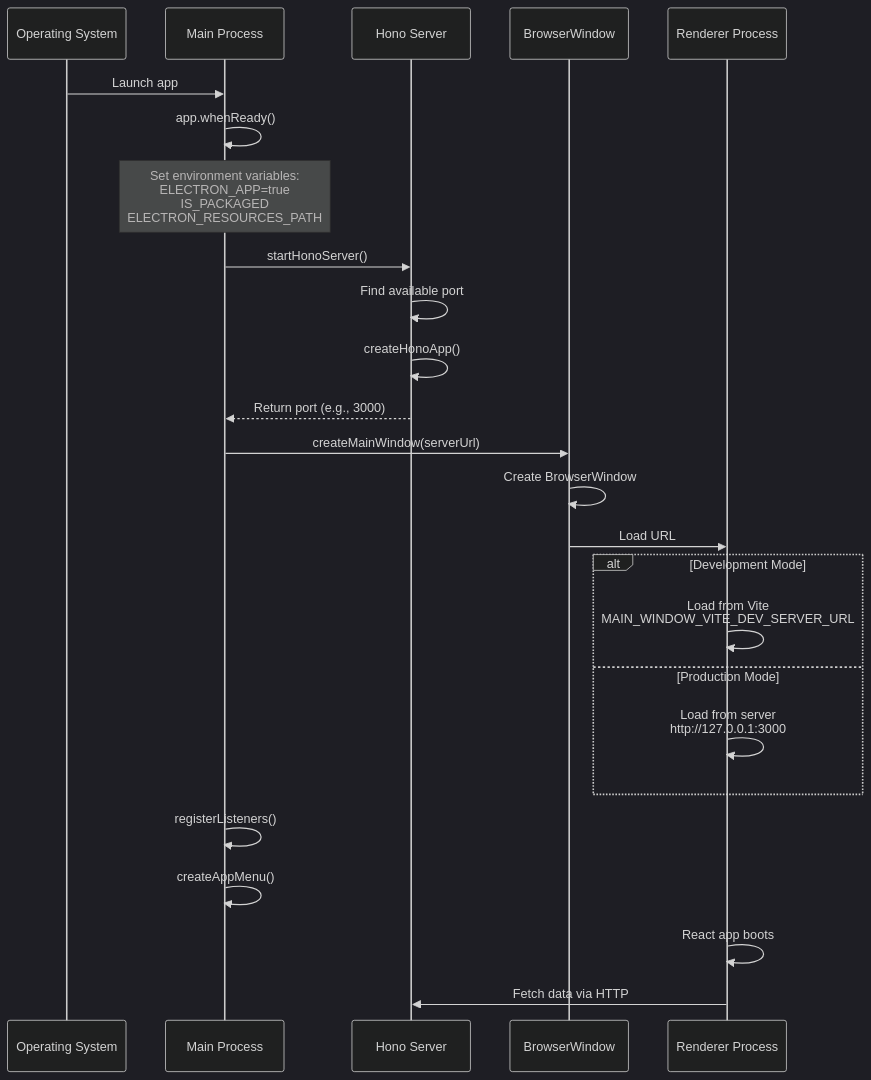
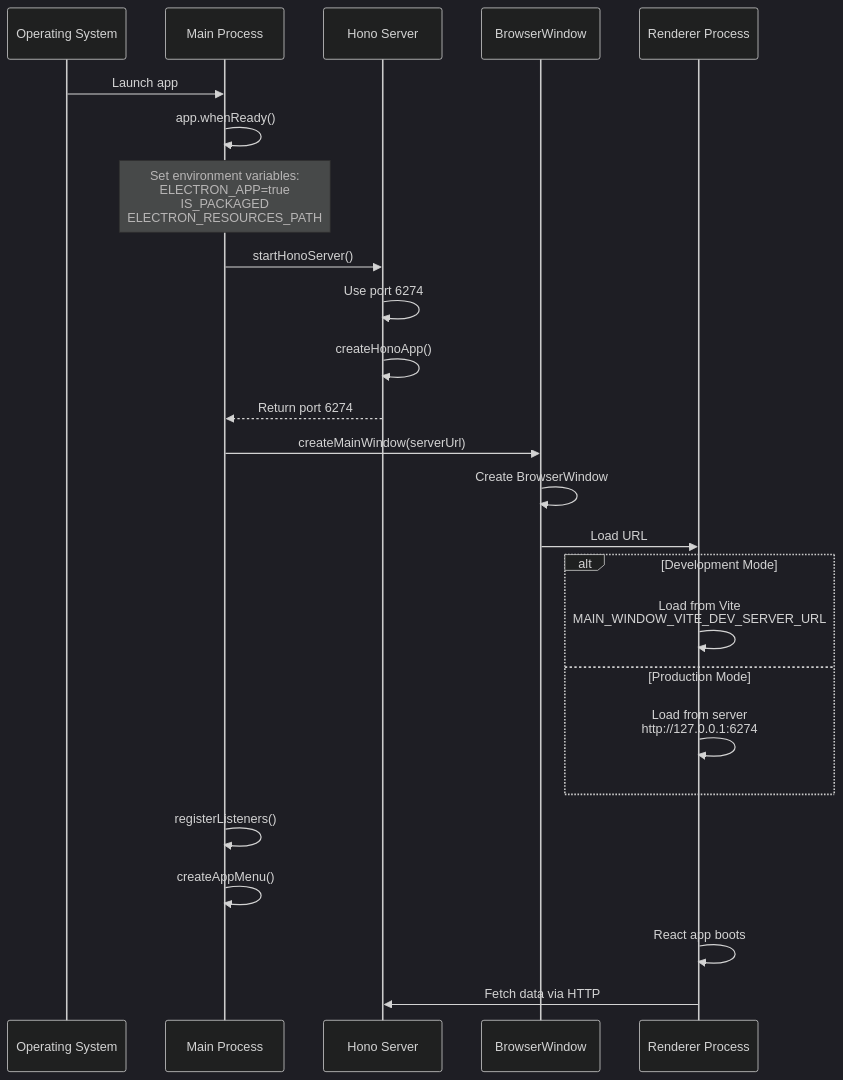
One commit to MCPJam/inspector changed the sixth of 17 diagrams in docs/contributing/system-architecture.mdx. Above: the diagram before and after it, drawn with Mermaid (dark theme). The commit also changed other lines of this file and 2 other files, not shown here.

Commit message:
Update documentation for port configuration changes (#866)

````diff
--- a/docs/contributing/system-architecture.mdx
+++ b/docs/contributing/system-architecture.mdx
@@ -344,34 +344,34 @@
 ```mermaid
 sequenceDiagram
     participant OS as Operating System
     participant Main as Main Process
     participant Server as Hono Server
     participant Window as BrowserWindow
     participant Renderer as Renderer Process
 
     OS->>Main: Launch app
     Main->>Main: app.whenReady()
 
     Note over Main: Set environment variables:<br/>ELECTRON_APP=true<br/>IS_PACKAGED<br/>ELECTRON_RESOURCES_PATH
 
     Main->>Server: startHonoServer()
-    Server->>Server: Find available port
+    Server->>Server: Use port 6274
     Server->>Server: createHonoApp()
-    Server-->>Main: Return port (e.g., 3000)
+    Server-->>Main: Return port 6274
 
     Main->>Window: createMainWindow(serverUrl)
     Window->>Window: Create BrowserWindow
     Window->>Renderer: Load URL
 
     alt Development Mode
         Renderer->>Renderer: Load from Vite<br/>MAIN_WINDOW_VITE_DEV_SERVER_URL
     else Production Mode
-        Renderer->>Renderer: Load from server<br/>http://127.0.0.1:3000
+        Renderer->>Renderer: Load from server<br/>http://127.0.0.1:6274
     end
 
     Main->>Main: registerListeners()
     Main->>Main: createAppMenu()
 
     Renderer->>Renderer: React app boots
     Renderer->>Server: Fetch data via HTTP
 ```
````
